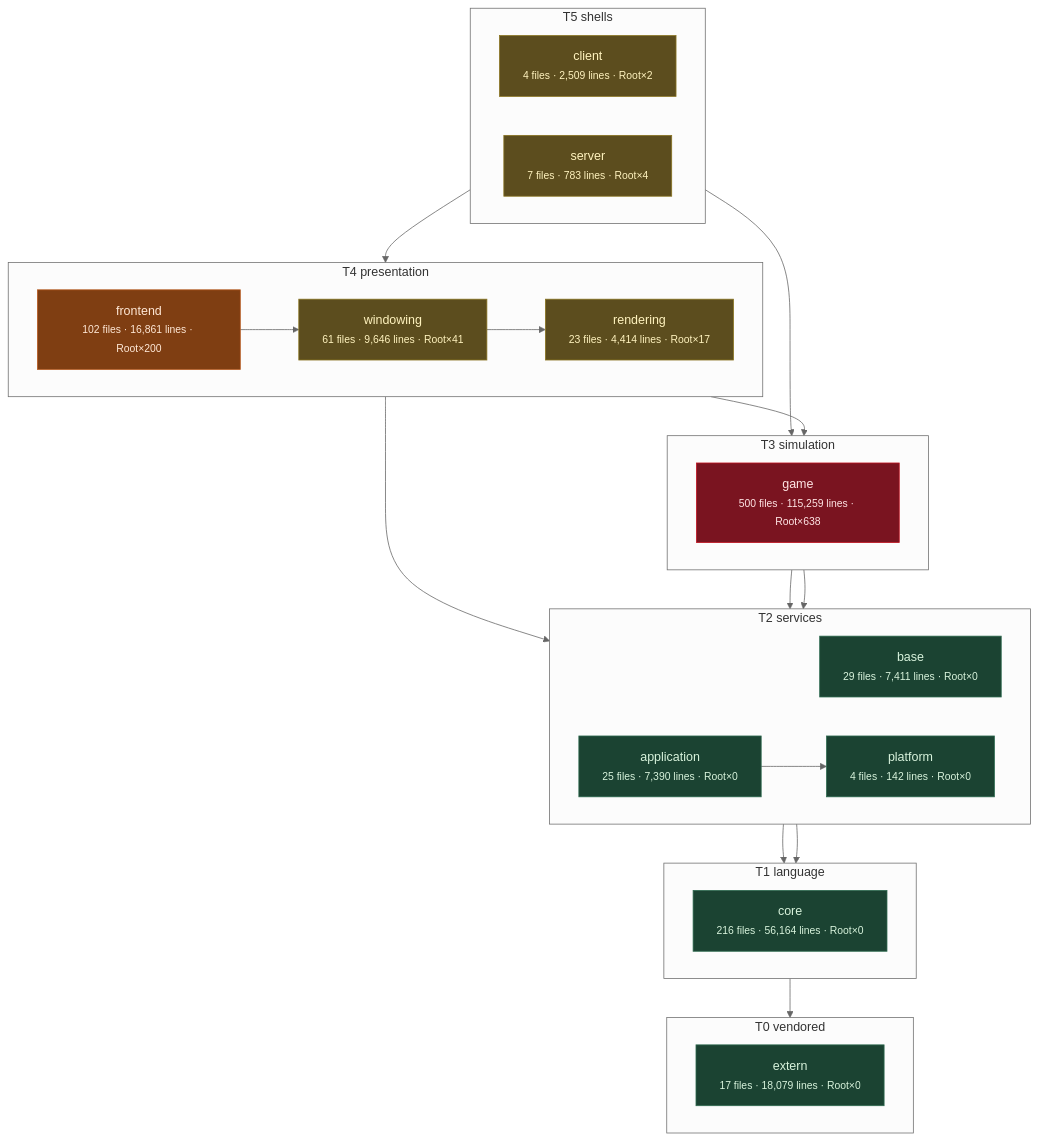
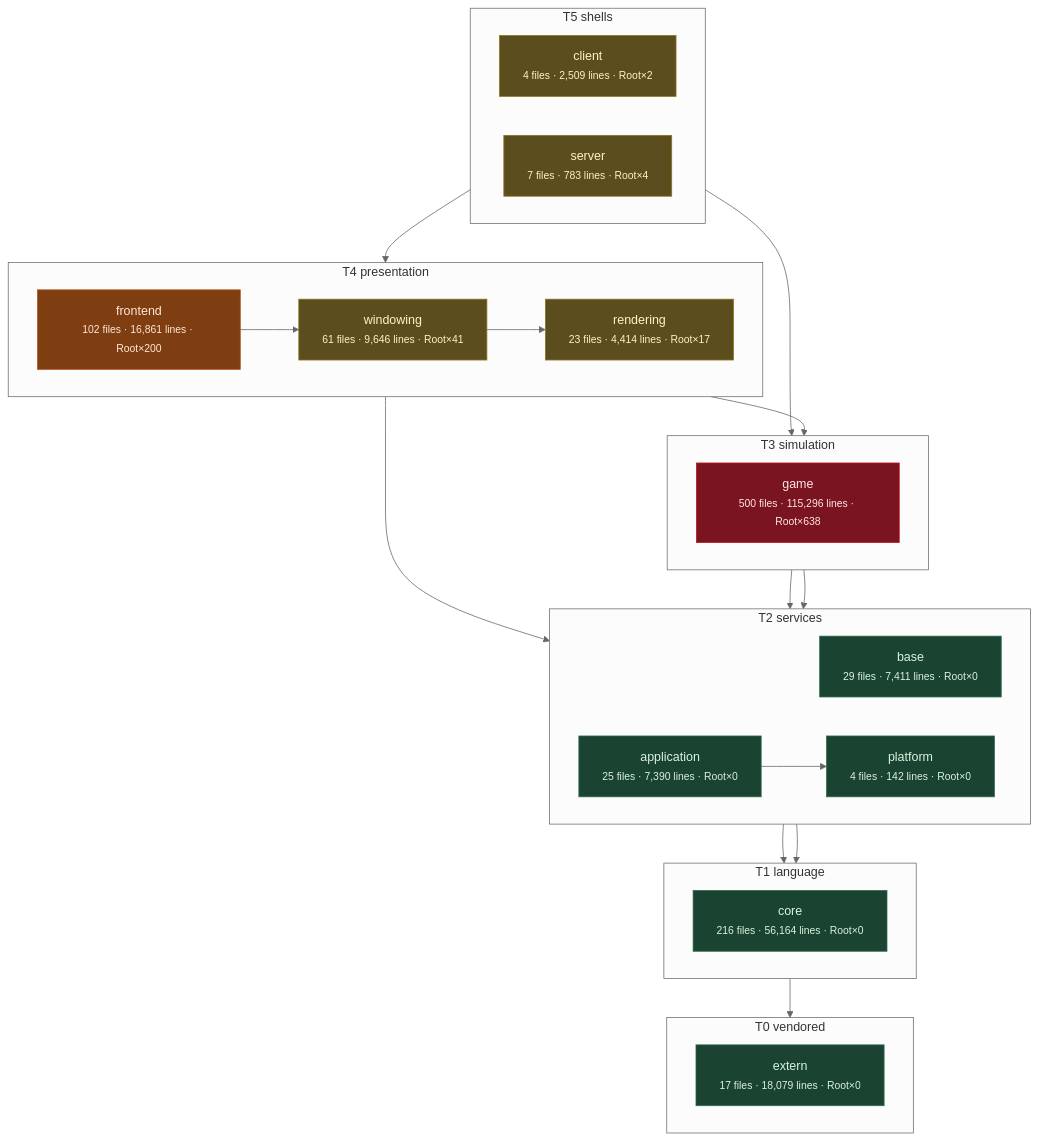
The third of 11 diagrams in docs/architecture/system-boundaries.md (apnex/OpenStarbound), drawn with Mermaid (neutral theme) before and after one commit. The commit also changed other lines of this file and 1 other file, not shown here.

````diff
--- a/docs/architecture/system-boundaries.md
+++ b/docs/architecture/system-boundaries.md
@@ -270,52 +270,52 @@
 ```mermaid
 flowchart TD
   subgraph T0["T0 vendored"]
     direction LR
     extern["extern<br/><small>17 files · 18,079 lines · Root×0</small>"]
   end
   subgraph T1["T1 language"]
     direction LR
     core["core<br/><small>216 files · 56,164 lines · Root×0</small>"]
   end
   subgraph T2["T2 services"]
     direction LR
     base["base<br/><small>29 files · 7,411 lines · Root×0</small>"]
     platform["platform<br/><small>4 files · 142 lines · Root×0</small>"]
     application["application<br/><small>25 files · 7,390 lines · Root×0</small>"]
   end
   subgraph T3["T3 simulation"]
     direction LR
-    game["game<br/><small>500 files · 115,259 lines · Root×638</small>"]
+    game["game<br/><small>500 files · 115,296 lines · Root×638</small>"]
   end
   subgraph T4["T4 presentation"]
     direction LR
     rendering["rendering<br/><small>23 files · 4,414 lines · Root×17</small>"]
     windowing["windowing<br/><small>61 files · 9,646 lines · Root×41</small>"]
     frontend["frontend<br/><small>102 files · 16,861 lines · Root×200</small>"]
   end
   subgraph T5["T5 shells"]
     direction LR
     client["client<br/><small>4 files · 2,509 lines · Root×2</small>"]
     server["server<br/><small>7 files · 783 lines · Root×4</small>"]
   end
   core --> extern
   base --> core
   platform --> core
   application --> platform
   game --> base
   game --> platform
   rendering --> application
   rendering --> game
   windowing --> rendering
   frontend --> windowing
   client --> frontend
   server --> game
   classDef clean fill:#1b4332,stroke:#2d6a4f,color:#d8f3dc
   classDef warm  fill:#5c4d1e,stroke:#8a7420,color:#fff3bf
   classDef hot   fill:#7f3e12,stroke:#b5561b,color:#ffe8d6
   classDef blaze fill:#7a1420,stroke:#c1121f,color:#ffe5e5
   class extern,core,base,platform,application clean
   class rendering,windowing,client,server warm
   class frontend hot
   class game blaze
 ```
````
